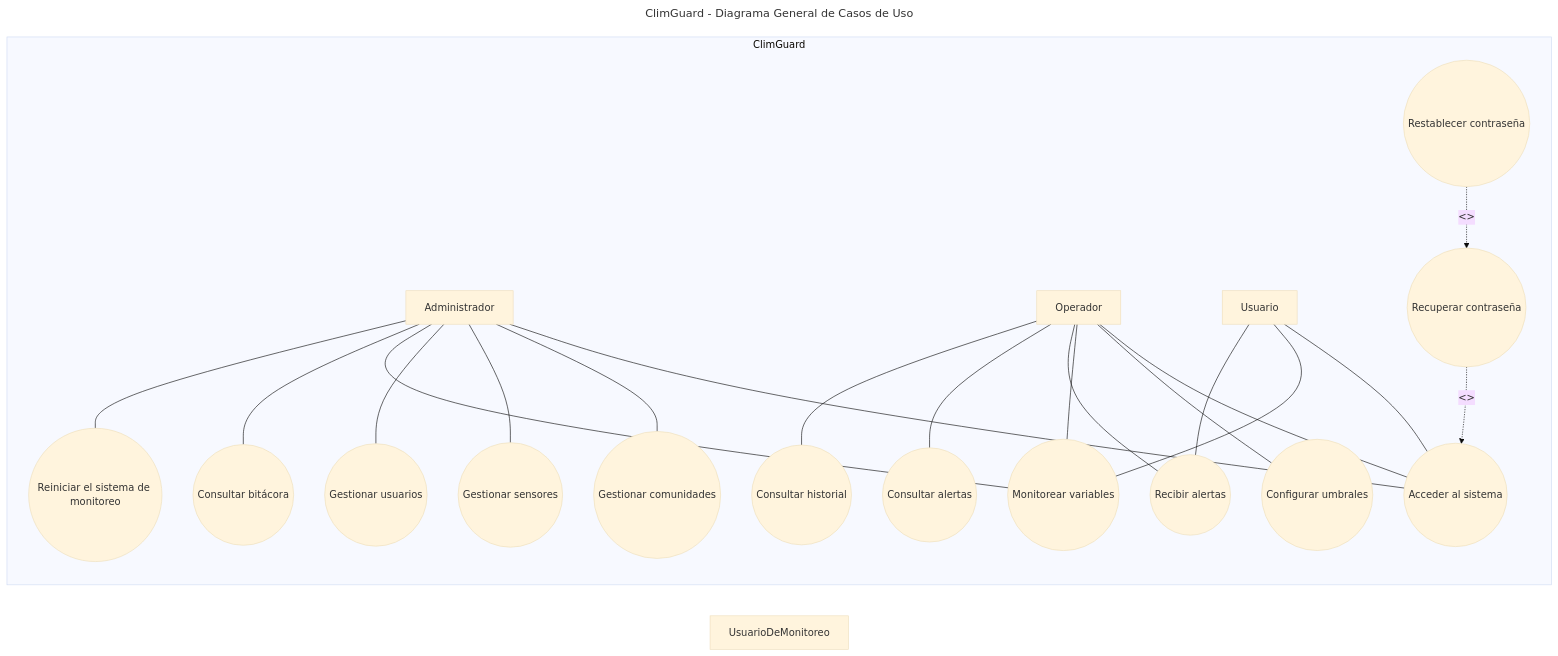
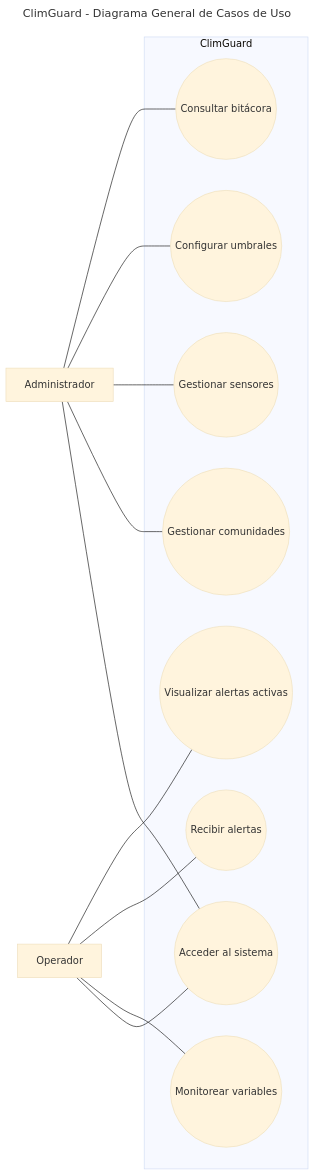
Before and after one commit to acifuinaMar/ClimGuard: the diagram in docs/DOC-06-Diagrama de casos de uso general.md, drawn with Mermaid (base theme). The commit also changed other lines of this file and 15 other files, not shown here.

````diff
--- a/docs/DOC-06-Diagrama de casos de uso general.md
+++ b/docs/DOC-06-Diagrama de casos de uso general.md
@@ -20,48 +18,34 @@
 ```mermaid
 ---
 title: ClimGuard - Diagrama General de Casos de Uso
 ---
+
 flowchart LR
 
 Administrador
 Operador
-UsuarioDeMonitoreo
 
 subgraph ClimGuard
+
 UC1((Acceder al sistema))
-UC12((Recuperar contraseña))
-UC13((Restablecer contraseña))
 UC2((Gestionar comunidades))
 UC3((Gestionar sensores))
-UC4((Gestionar usuarios))
-UC5((Configurar umbrales))
-UC11((Reiniciar el sistema de monitoreo))
-UC6((Monitorear variables))
-UC7((Recibir alertas))
-UC8((Consultar alertas))
-UC9((Consultar historial))
-UC10((Consultar bitácora))
+UC4((Configurar umbrales))
+UC5((Monitorear variables))
+UC6((Recibir alertas))
+UC7((Visualizar alertas activas))
+UC8((Consultar bitácora))
+
+end
 
 Administrador --- UC1
 Administrador --- UC2
 Administrador --- UC3
 Administrador --- UC4
-Administrador --- UC6
-Administrador --- UC10
-Administrador --- UC11
+Administrador --- UC8
 
 Operador --- UC1
 Operador --- UC5
 Operador --- UC6
 Operador --- UC7
-Operador --- UC8
-Operador --- UC9
-
-Usuario --- UC1
-Usuario --- UC6
-Usuario --- UC7
-
-UC12 -.->|<<extend>>| UC1
-UC13 -.->|<<extend>>| UC12
-end
 ```
````
